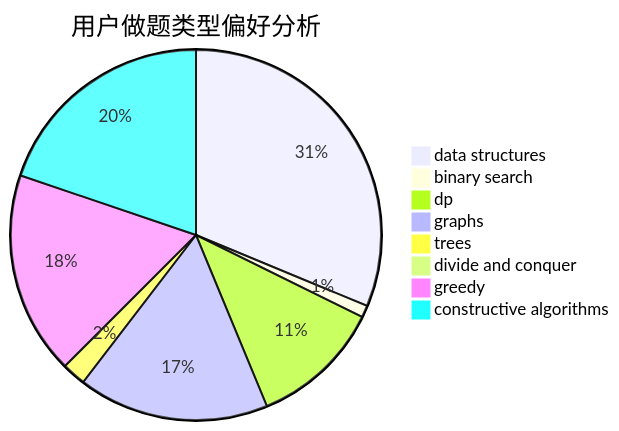
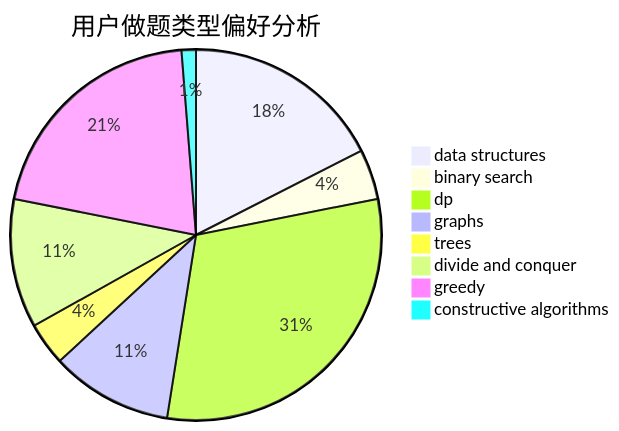
Before and after one commit to sherpahu/cfrs.github.io: the second of 3 diagrams in docs/user/u41.md, drawn with Mermaid. The commit also changed other lines of this file and 2770 other files, not shown here.

````diff
--- a/docs/user/u41.md
+++ b/docs/user/u41.md
@@ -23,11 +23,11 @@
 ```mermaid
 pie title 用户做题类型偏好分析
-    "data structures" :  30
-    "binary search" :  1
-    "dp" :  11
-    "graphs" :  16
-    "trees" :  2
-    "divide and conquer" :  0
-    "greedy" :  17
-    "constructive algorithms" :  19
+    "data structures" :  28
+    "binary search" :  7
+    "dp" :  49
+    "graphs" :  17
+    "trees" :  6
+    "divide and conquer" :  18
+    "greedy" :  33
+    "constructive algorithms" :  2
 ```
````
